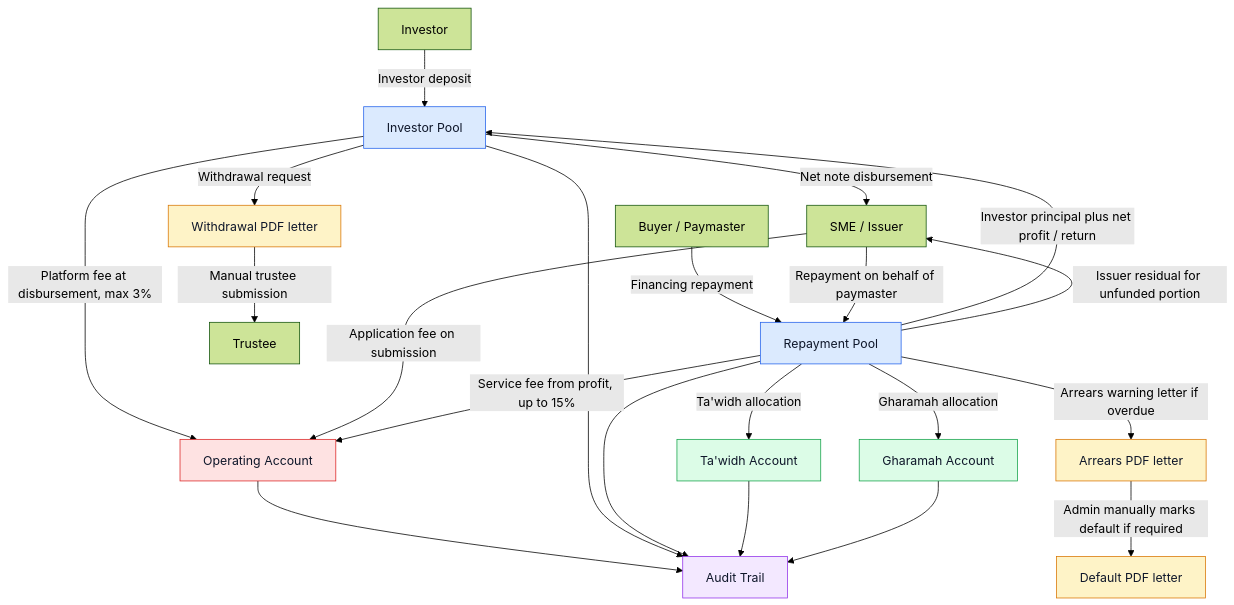
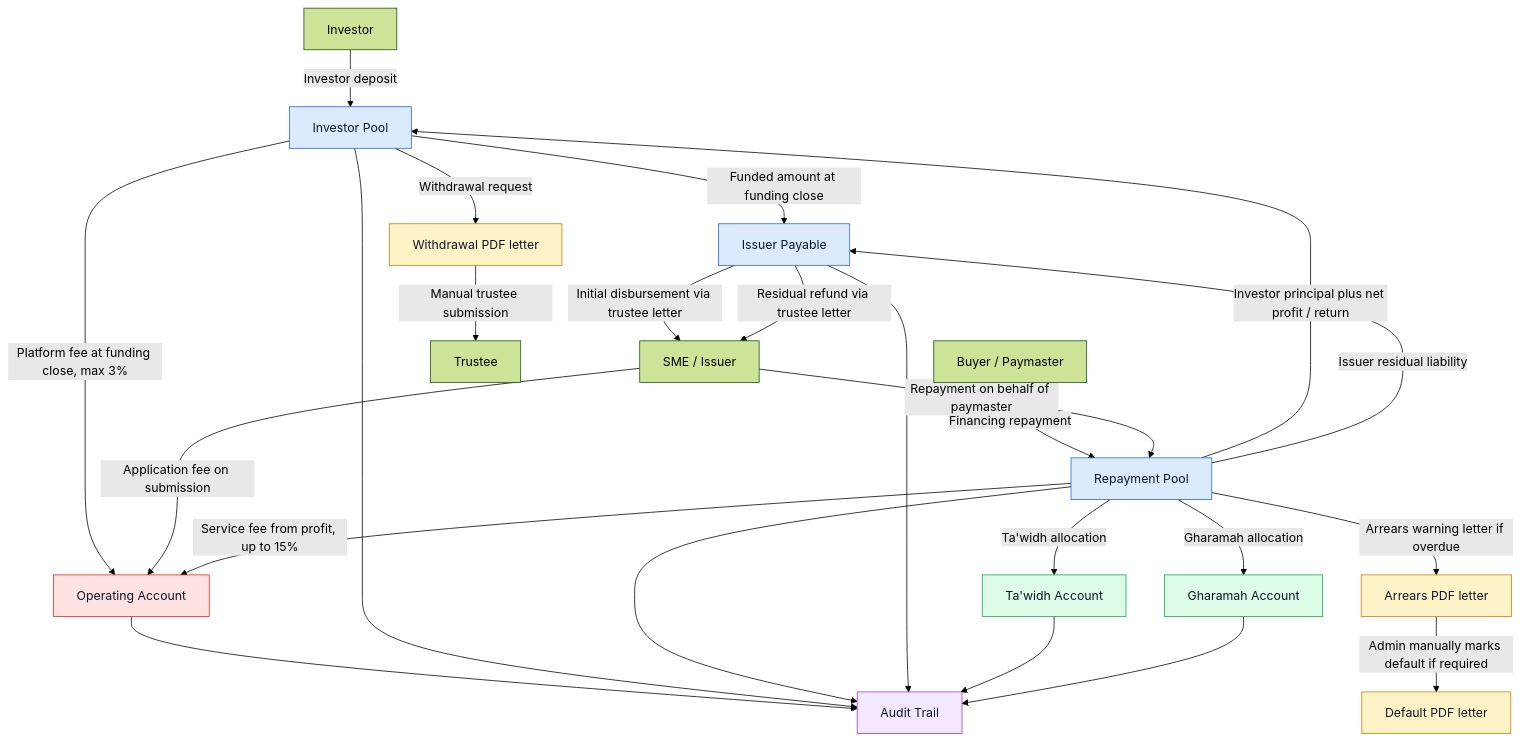
Before and after one commit to Malcan-Technologies/shoraka: the first of 2 diagrams in packages/help-content/markdown/admin-note-money-flow.md, drawn with Mermaid (forest theme). The commit also changed other lines of this file and 58 other files, not shown here.

````diff
--- a/packages/help-content/markdown/admin-note-money-flow.md
+++ b/packages/help-content/markdown/admin-note-money-flow.md
@@ -39,35 +65,38 @@
 ```mermaid
 flowchart TD
   investor["Investor"] -->|"Investor deposit"| investorPool["Investor Pool"]
-  investorPool -->|"Net note disbursement"| issuer["SME / Issuer"]
-  investorPool -->|"Platform fee at disbursement, max 3%"| operating["Operating Account"]
+  investorPool -->|"Funded amount at funding close"| issuerPayable["Issuer Payable"]
+  investorPool -->|"Platform fee at funding close, max 3%"| operating["Operating Account"]
+  issuerPayable -->|"Initial disbursement via trustee letter"| issuer["SME / Issuer"]
   issuer -->|"Application fee on submission"| operating
   paymaster["Buyer / Paymaster"] -->|"Financing repayment"| repaymentPool["Repayment Pool"]
   issuer -->|"Repayment on behalf of paymaster"| repaymentPool
   repaymentPool -->|"Investor principal plus net profit / return"| investorPool
   repaymentPool -->|"Service fee from profit, up to 15%"| operating
-  repaymentPool -->|"Issuer residual for unfunded portion"| issuer
+  repaymentPool -->|"Issuer residual liability"| issuerPayable
+  issuerPayable -->|"Residual refund via trustee letter"| issuer
   repaymentPool -->|"Ta'widh allocation"| tawidh["Ta'widh Account"]
   repaymentPool -->|"Gharamah allocation"| gharamah["Gharamah Account"]
   investorPool -->|"Withdrawal request"| withdrawalLetter["Withdrawal PDF letter"]
   withdrawalLetter -->|"Manual trustee submission"| trustee["Trustee"]
   repaymentPool -->|"Arrears warning letter if overdue"| arrearsLetter["Arrears PDF letter"]
   arrearsLetter -->|"Admin manually marks default if required"| defaultLetter["Default PDF letter"]
   operating --> audit["Audit Trail"]
   investorPool --> audit
   repaymentPool --> audit
+  issuerPayable --> audit
   tawidh --> audit
   gharamah --> audit
 
-  class investorPool,repaymentPool pool
+  class investorPool,repaymentPool,issuerPayable pool
   class operating operatingAccount
   class tawidh,gharamah syariahAccount
   class withdrawalLetter,arrearsLetter,defaultLetter documentStep
   class audit auditStep
 
   classDef pool fill:#dbeafe,stroke:#2563eb,color:#0f172a
   classDef operatingAccount fill:#fee2e2,stroke:#dc2626,color:#0f172a
   classDef syariahAccount fill:#dcfce7,stroke:#16a34a,color:#0f172a
   classDef documentStep fill:#fef3c7,stroke:#d97706,color:#0f172a
   classDef auditStep fill:#f3e8ff,stroke:#9333ea,color:#0f172a
 ```
````
